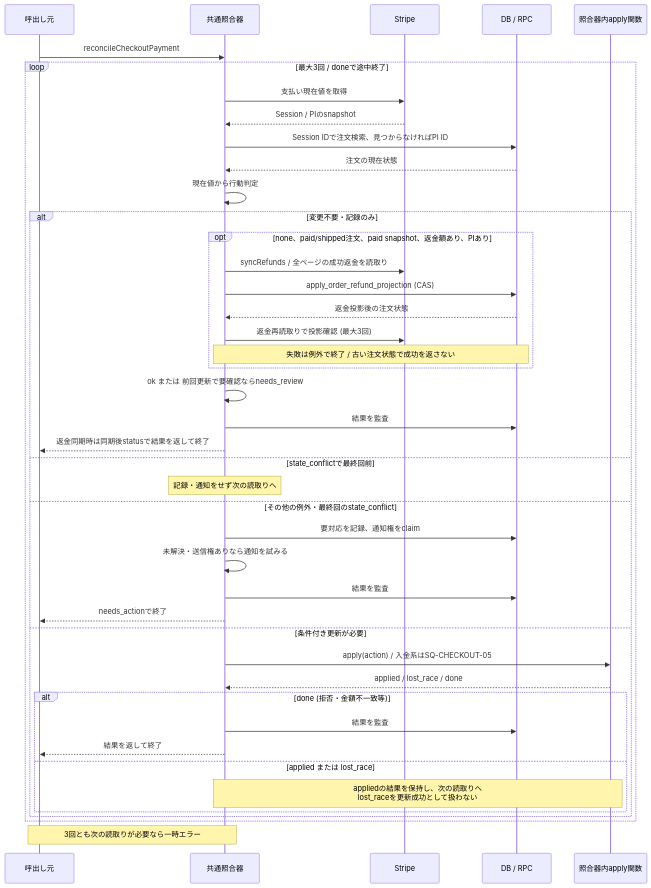
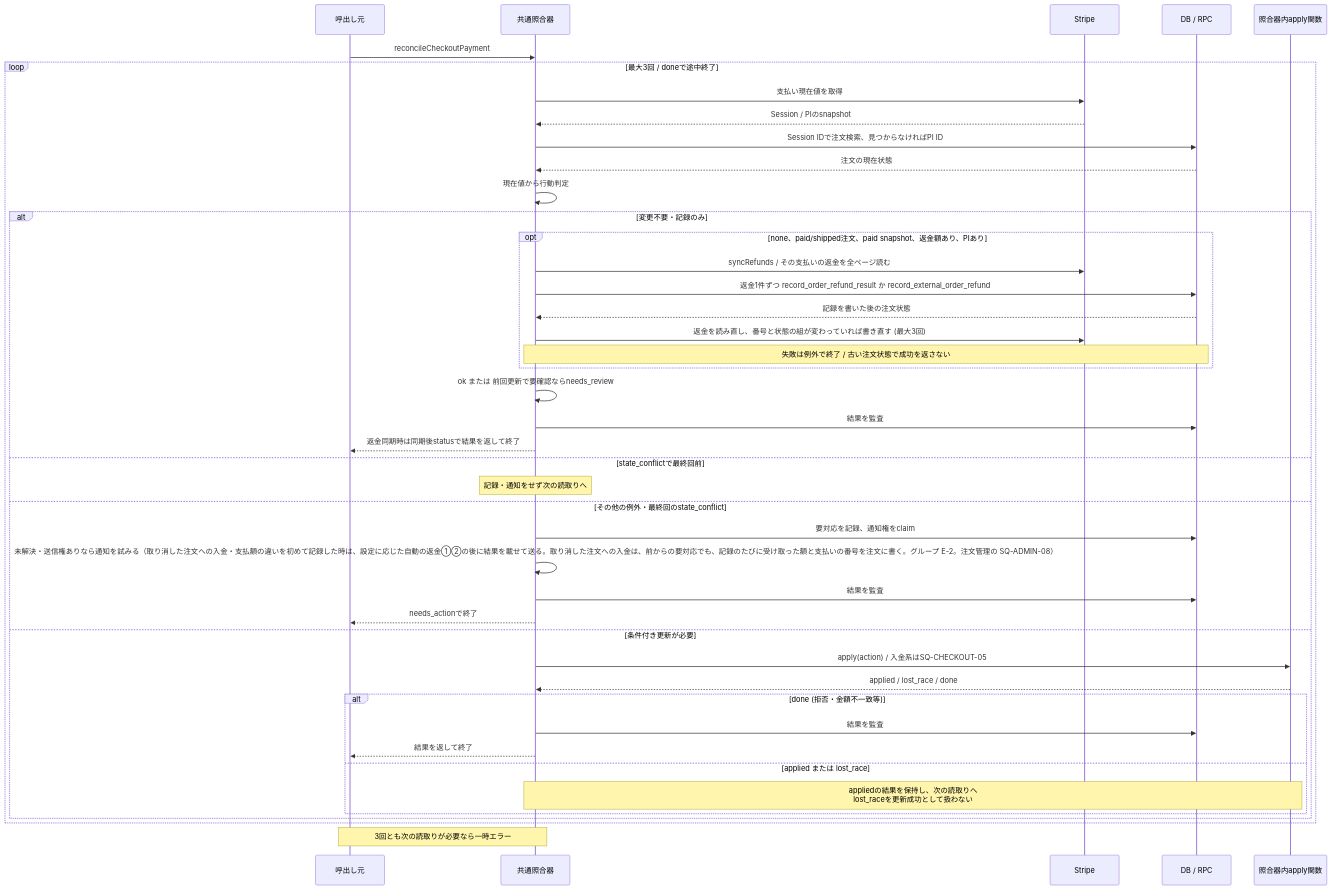
Before and after one commit to ChocoWork/o_official: the fourth of 5 diagrams in docs/04_DetailDesign/sequence/checkout-payment.md, drawn with Mermaid. The commit also changed other lines of this file and 15 other files, not shown here.

````diff
--- a/docs/04_DetailDesign/sequence/checkout-payment.md
+++ b/docs/04_DetailDesign/sequence/checkout-payment.md
@@ -233,45 +233,45 @@
 ```mermaid
 sequenceDiagram
     participant Caller as 呼出し元
     participant C as 共通照合器
     participant Stripe as Stripe
     participant DB as DB / RPC
     participant Apply as 照合器内apply関数
     Caller->>C: reconcileCheckoutPayment
     loop 最大3回 / doneで途中終了
         C->>Stripe: 支払い現在値を取得
         Stripe-->>C: Session / PIのsnapshot
         C->>DB: Session IDで注文検索、見つからなければPI ID
         DB-->>C: 注文の現在状態
         C->>C: 現在値から行動判定
         alt 変更不要・記録のみ
             opt none、paid/shipped注文、paid snapshot、返金額あり、PIあり
-                C->>Stripe: syncRefunds / 全ページの成功返金を読取り
-                C->>DB: apply_order_refund_projection (CAS)
-                DB-->>C: 返金投影後の注文状態
-                C->>Stripe: 返金再読取りで投影確認 (最大3回)
+                C->>Stripe: syncRefunds / その支払いの返金を全ページ読む
+                C->>DB: 返金1件ずつ record_order_refund_result か record_external_order_refund
+                DB-->>C: 記録を書いた後の注文状態
+                C->>Stripe: 返金を読み直し、番号と状態の組が変わっていれば書き直す (最大3回)
                 Note over C,DB: 失敗は例外で終了 / 古い注文状態で成功を返さない
             end
             C->>C: ok または 前回更新で要確認ならneeds_review
             C->>DB: 結果を監査
             C-->>Caller: 返金同期時は同期後statusで結果を返して終了
         else state_conflictで最終回前
             Note over C: 記録・通知をせず次の読取りへ
         else その他の例外・最終回のstate_conflict
             C->>DB: 要対応を記録、通知権をclaim
-            C->>C: 未解決・送信権ありなら通知を試みる
+            C->>C: 未解決・送信権ありなら通知を試みる（取り消した注文への入金・支払額の違いを初めて記録した時は、設定に応じた自動の返金①②の後に結果を載せて送る。取り消した注文への入金は、前からの要対応でも、記録のたびに受け取った額と支払いの番号を注文に書く。グループ E-2。注文管理の SQ-ADMIN-08）
             C->>DB: 結果を監査
             C-->>Caller: needs_actionで終了
         else 条件付き更新が必要
             C->>Apply: apply(action) / 入金系はSQ-CHECKOUT-05
             Apply-->>C: applied / lost_race / done
             alt done (拒否・金額不一致等)
                 C->>DB: 結果を監査
                 C-->>Caller: 結果を返して終了
             else applied または lost_race
                 Note over C,Apply: appliedの結果を保持し、次の読取りへ<br/>lost_raceを更新成功として扱わない
             end
         end
     end
     Note over C,Caller: 3回とも次の読取りが必要なら一時エラー
 ```
````
